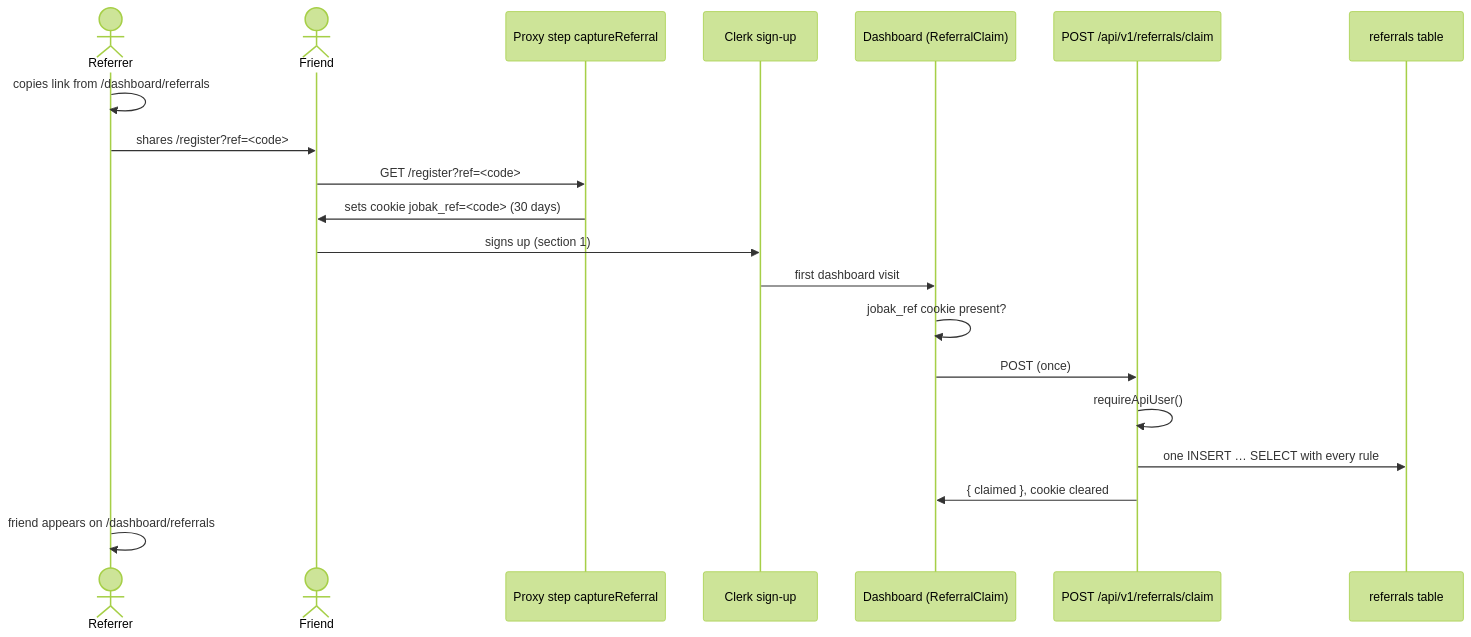
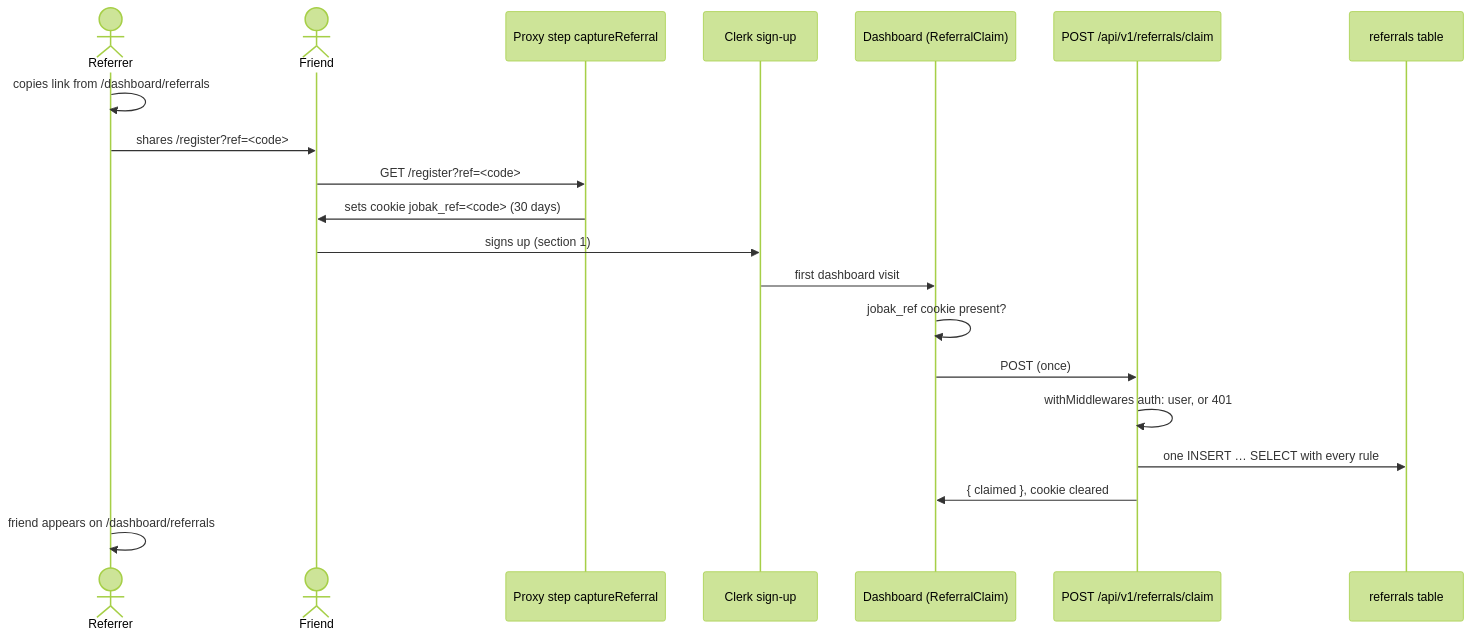
One commit to jobak-net/jobak changed the second of 2 diagrams in docs/backend/AUTH.md. Above: the diagram before and after it, drawn with Mermaid (forest theme). The commit also changed other lines of this file and 467 other files, not shown here.

````diff
--- a/docs/backend/AUTH.md
+++ b/docs/backend/AUTH.md
@@ -161,23 +164,23 @@
 ```mermaid
 sequenceDiagram
     actor R as Referrer
     actor F as Friend
     participant P as Proxy step captureReferral
     participant C as Clerk sign-up
     participant D as Dashboard (ReferralClaim)
     participant A as POST /api/v1/referrals/claim
     participant DB as referrals table
 
     R->>R: copies link from /dashboard/referrals
     R->>F: shares /register?ref=<code>
     F->>P: GET /register?ref=<code>
     P->>F: sets cookie jobak_ref=<code> (30 days)
     F->>C: signs up (section 1)
     C->>D: first dashboard visit
     D->>D: jobak_ref cookie present?
     D->>A: POST (once)
-    A->>A: requireApiUser()
+    A->>A: withMiddlewares auth: user, or 401
     A->>DB: one INSERT … SELECT with every rule
     A->>D: { claimed }, cookie cleared
     R->>R: friend appears on /dashboard/referrals
 ```
````
